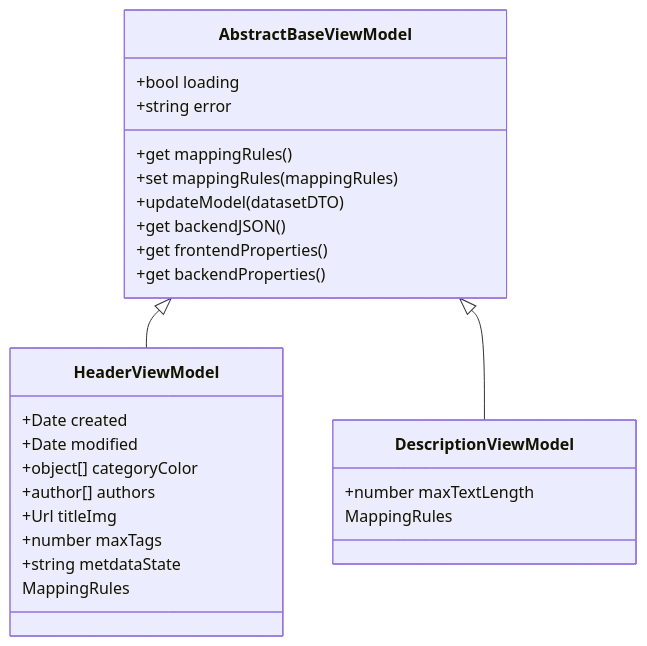
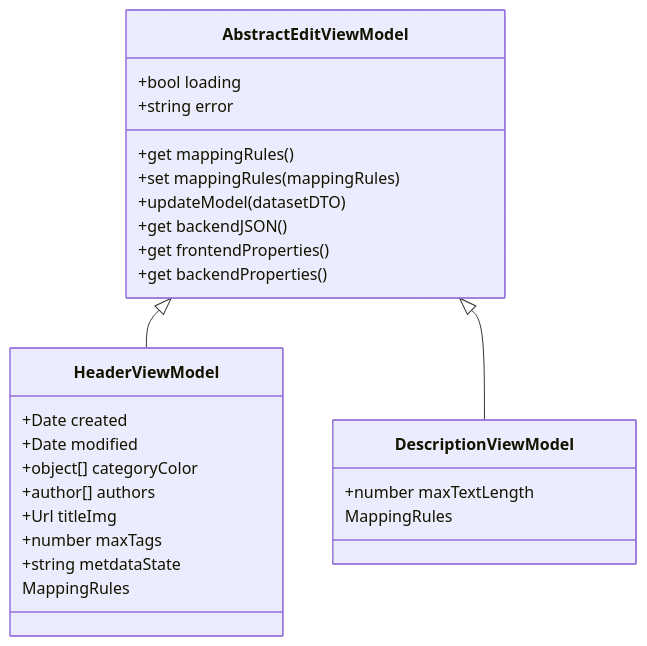
The diagram in src/factories/ViewModels/viewModels.md (EnviDat/EnviDat-Frontend), drawn with Mermaid before and after one commit. The commit also changed 18 other files, not shown here.

Commit message:
added DatasetViewModel; added AbstractEditViewModel; added AbstractViewModel

````diff
--- a/src/factories/ViewModels/viewModels.md
+++ b/src/factories/ViewModels/viewModels.md
@@ -1,30 +1,30 @@
 ```mermaid
 classDiagram
-    AbstractBaseViewModel <|-- HeaderViewModel
-    AbstractBaseViewModel <|-- DescriptionViewModel
-    AbstractBaseViewModel : +bool loading
-    AbstractBaseViewModel : +string error
-    AbstractBaseViewModel: +get mappingRules ()
-    AbstractBaseViewModel: +set mappingRules(mappingRules)
-    AbstractBaseViewModel: +updateModel (datasetDTO)
-    AbstractBaseViewModel: +get backendJSON()
-    AbstractBaseViewModel: +get frontendProperties()
-    AbstractBaseViewModel: +get backendProperties()
+    AbstractEditViewModel <|-- HeaderViewModel
+    AbstractEditViewModel <|-- DescriptionViewModel
+    AbstractEditViewModel : +bool loading
+    AbstractEditViewModel : +string error
+    AbstractEditViewModel: +get mappingRules ()
+    AbstractEditViewModel: +set mappingRules(mappingRules)
+    AbstractEditViewModel: +updateModel (datasetDTO)
+    AbstractEditViewModel: +get backendJSON()
+    AbstractEditViewModel: +get frontendProperties()
+    AbstractEditViewModel: +get backendProperties()
 
     class HeaderViewModel{
       +Date created
       +Date modified
       +object[] categoryColor
       +author[] authors
       +Url titleImg
       +number maxTags
       +string metdataState
       MappingRules
     }
 
     class DescriptionViewModel{
       +number maxTextLength
       MappingRules
     }
 
 ```
````
